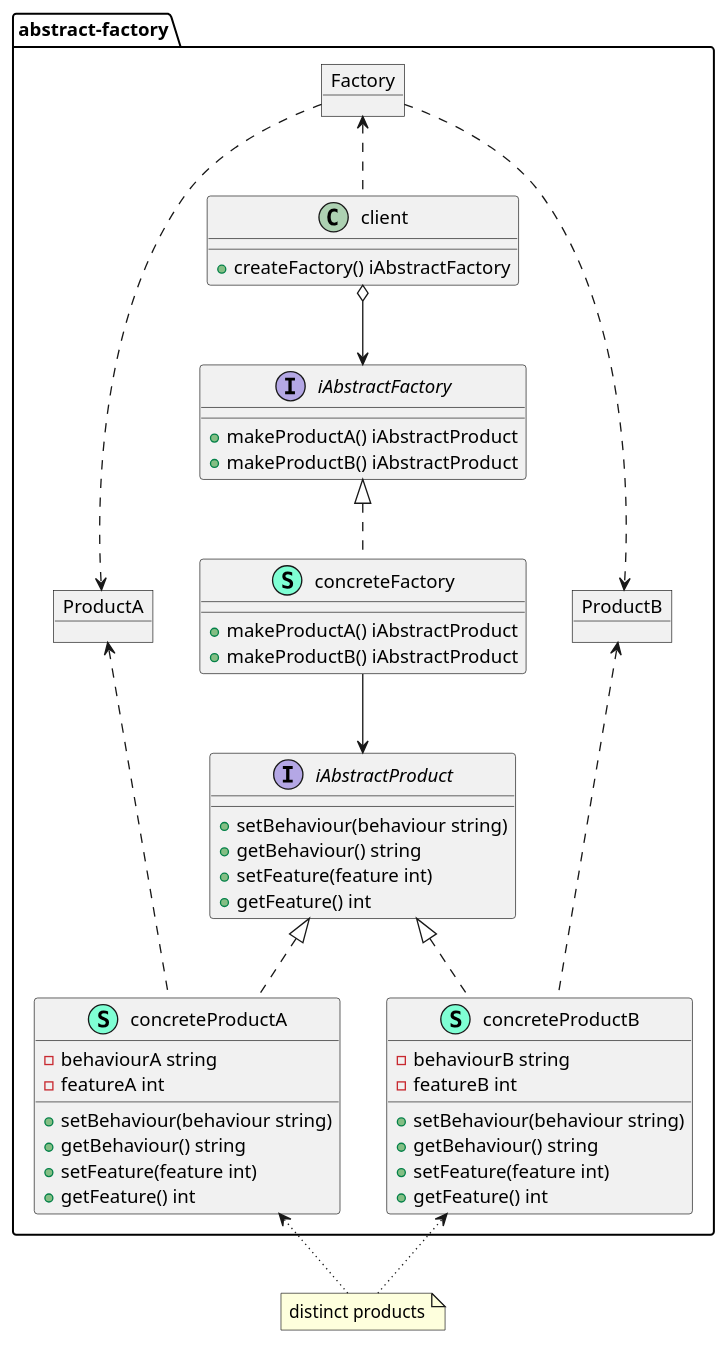
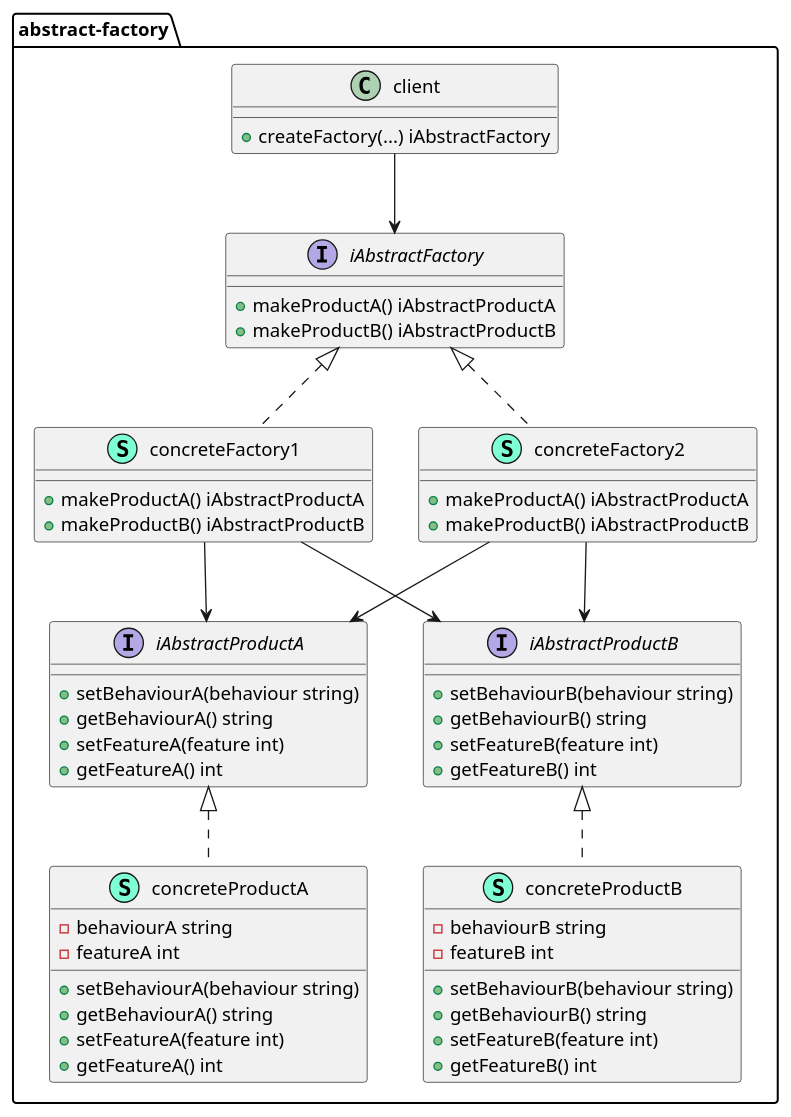
Before and after one commit to cloudemprise/go-dsgn-pttrn-abstract-factory: the diagram in go-dsgn-pttrn-abstract-factory.puml, drawn with PlantUML. The commit also changed 2 other files, not shown here.

Commit message:
Fixed factory abstraction

```diff
--- a/go-dsgn-pttrn-abstract-factory.puml
+++ b/go-dsgn-pttrn-abstract-factory.puml
@@ -1,93 +1,74 @@
 @startuml go-dsgn-pttrn-abstract-factory
 
 namespace abstract-factory {
+    class concreteFactory1 << (S,Aquamarine) >> {
+        + makeProductA() iAbstractProductA
+        + makeProductB() iAbstractProductB
 
+    }
+    class concreteFactory2 << (S,Aquamarine) >> {
+        + makeProductA() iAbstractProductA
+        + makeProductB() iAbstractProductB
 
+    }
     class concreteProductA << (S,Aquamarine) >> {
         - behaviourA string
         - featureA int
 
-        + setBehaviour(behaviour string) 
-        + getBehaviour() string
-        + setFeature(feature int) 
-        + getFeature() int
+        + setBehaviourA(behaviour string) 
+        + getBehaviourA() string
+        + setFeatureA(feature int) 
+        + getFeatureA() int
 
     }
-
     class concreteProductB << (S,Aquamarine) >> {
         - behaviourB string
         - featureB int
 
-        + setBehaviour(behaviour string) 
-        + getBehaviour() string
-        + setFeature(feature int) 
-        + getFeature() int
+        + setBehaviourB(behaviour string) 
+        + getBehaviourB() string
+        + setFeatureB(feature int) 
+        + getFeatureB() int
 
     }
-
     interface iAbstractFactory  {
-
-        + makeProductA() iAbstractProduct
-        + makeProductB() iAbstractProduct
+        + makeProductA() iAbstractProductA
+        + makeProductB() iAbstractProductB
 
     }
-
-    interface iAbstractProduct  {
-
-        + setBehaviour(behaviour string) 
-        + getBehaviour() string
-        + setFeature(feature int) 
-        + getFeature() int
+    interface iAbstractProductA  {
+        + setBehaviourA(behaviour string) 
+        + getBehaviourA() string
+        + setFeatureA(feature int) 
+        + getFeatureA() int
 
     }
-
-    object Factory {
+    interface iAbstractProductB  {
+        + setBehaviourB(behaviour string) 
+        + getBehaviourB() string
+        + setFeatureB(feature int) 
+        + getFeatureB() int
 
     }
 
     class client {
 
-        + createFactory() iAbstractFactory
-    }
-
-
-    object ProductA {
-
-    }
-
-    class concreteFactory << (S,Aquamarine) >> {
-        + makeProductA() iAbstractProduct
-        + makeProductB() iAbstractProduct
-
-    }
-
-    object ProductB {
-
+        + createFactory(...) iAbstractFactory
     }
 
 }
 
-Factory <.. "abstract-factory.client"
+"abstract-factory.client" --> "abstract-factory.iAbstractFactory"
 
-'"abstract-factory.client" ..> "ProductA"
-Factory ..> "ProductA"
-ProductA <.. "abstract-factory.concreteProductA"
-ProductA -[hidden]- "abstract-factory.iAbstractProduct"
+"abstract-factory.iAbstractFactory" <|.. "abstract-factory.concreteFactory1"
+"abstract-factory.iAbstractFactory" <|.. "abstract-factory.concreteFactory2"
 
-'"abstract-factory.client" ..> "ProductB"
-Factory ..> "ProductB"
-ProductB <.. "abstract-factory.concreteProductB"
-ProductB -[hidden]- "abstract-factory.iAbstractProduct"
+"abstract-factory.concreteFactory1" --> "abstract-factory.iAbstractProductA"
+"abstract-factory.concreteFactory1" --> "abstract-factory.iAbstractProductB"
+"abstract-factory.concreteFactory2" --> "abstract-factory.iAbstractProductA"
+"abstract-factory.concreteFactory2" --> "abstract-factory.iAbstractProductB"
 
-"abstract-factory.client" o--> "abstract-factory.iAbstractFactory"
-"abstract-factory.concreteFactory" --> "abstract-factory.iAbstractProduct"
-
-"abstract-factory.iAbstractFactory" <|.. "abstract-factory.concreteFactory"
-"abstract-factory.iAbstractProduct" <|.. "abstract-factory.concreteProductA"
-"abstract-factory.iAbstractProduct" <|.. "abstract-factory.concreteProductB"
-
-note "distinct products" as N2
-"abstract-factory.concreteProductA" <.[dotted]. N2
-N2 .[dotted].> "abstract-factory.concreteProductB"
+"abstract-factory.iAbstractProductA" <|.. "abstract-factory.concreteProductA"
+"abstract-factory.iAbstractProductB" <|.. "abstract-factory.concreteProductB"
 
 @enduml
```
